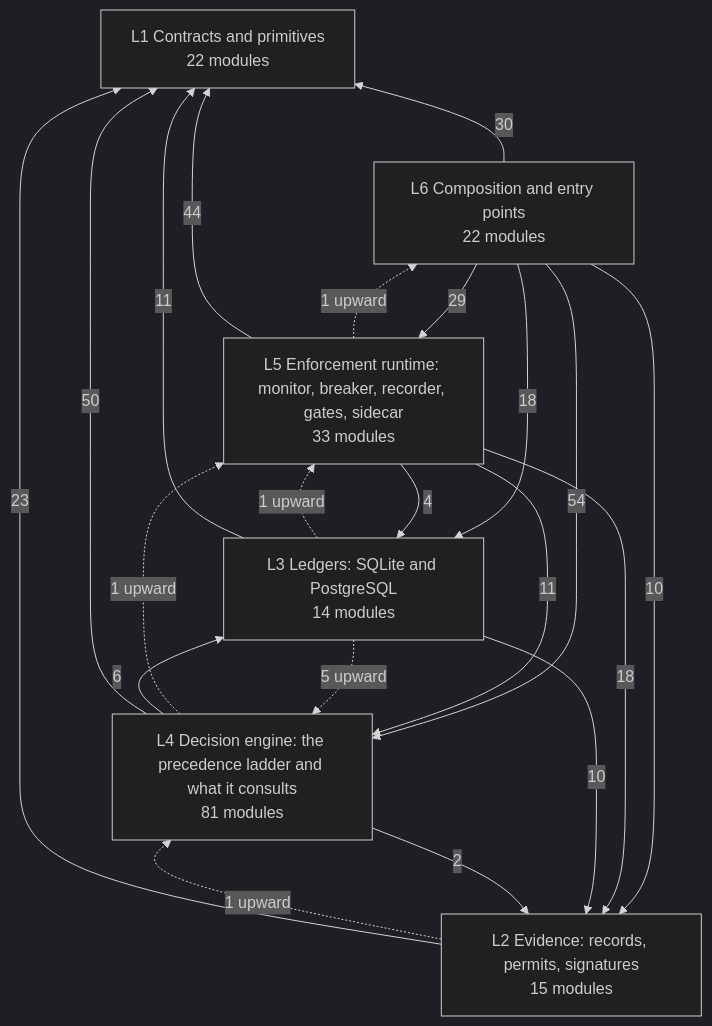
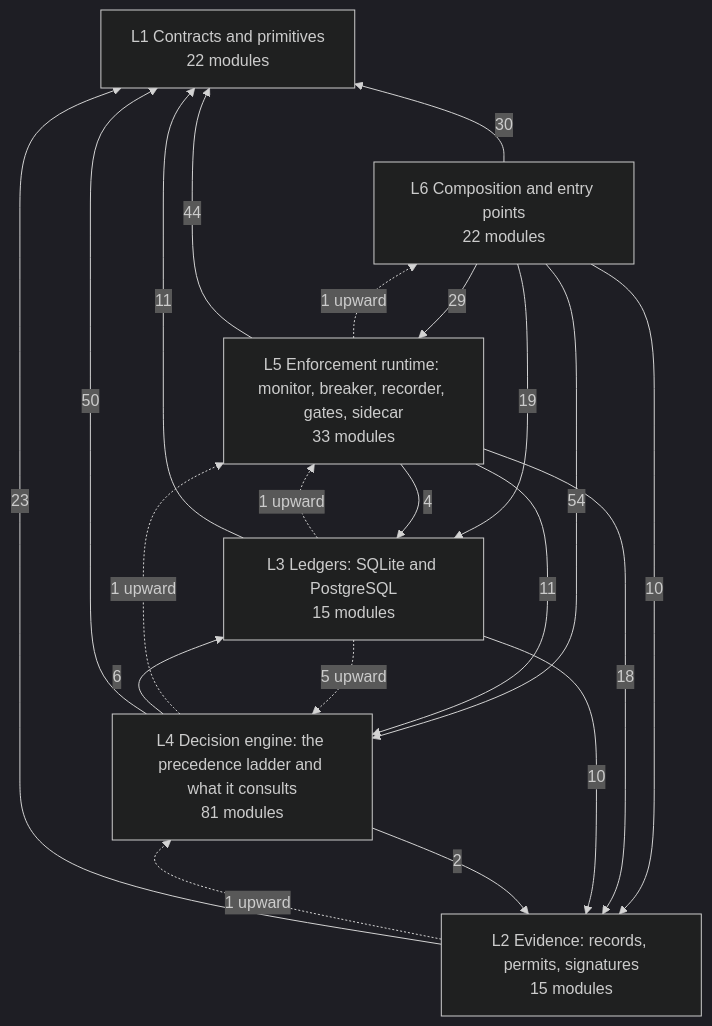
The diagram in docs/architecture/DEPENDENCIES.md (LOLA0786/privatevault-agent-dna), drawn with Mermaid (dark theme) before and after one commit. The commit also changed other lines of this file and 28 other files, not shown here.

````diff
--- a/docs/architecture/DEPENDENCIES.md
+++ b/docs/architecture/DEPENDENCIES.md
@@ -12,29 +12,29 @@
 ```mermaid
 flowchart BT
   L1["L1 Contracts and primitives<br/>22 modules"]
   L2["L2 Evidence: records, permits, signatures<br/>15 modules"]
-  L3["L3 Ledgers: SQLite and PostgreSQL<br/>14 modules"]
+  L3["L3 Ledgers: SQLite and PostgreSQL<br/>15 modules"]
   L4["L4 Decision engine: the precedence ladder and what it consults<br/>81 modules"]
   L5["L5 Enforcement runtime: monitor, breaker, recorder, gates, sidecar<br/>33 modules"]
   L6["L6 Composition and entry points<br/>22 modules"]
   L2 -->|23| L1
   L3 -->|11| L1
   L3 -->|10| L2
   L4 -->|50| L1
   L4 -->|2| L2
   L4 -->|6| L3
   L5 -->|44| L1
   L5 -->|18| L2
   L5 -->|4| L3
   L5 -->|11| L4
   L6 -->|30| L1
   L6 -->|10| L2
-  L6 -->|18| L3
+  L6 -->|19| L3
   L6 -->|54| L4
   L6 -->|29| L5
   L2 -.->|1 upward| L4
   L3 -.->|5 upward| L4
   L3 -.->|1 upward| L5
   L4 -.->|1 upward| L5
   L5 -.->|1 upward| L6
 ```
````
